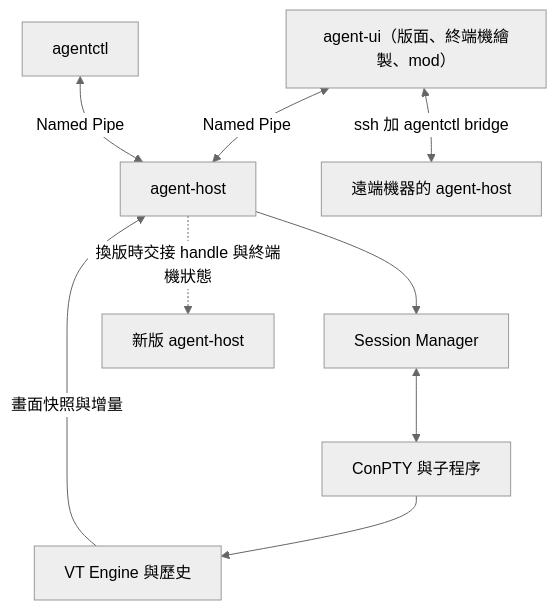
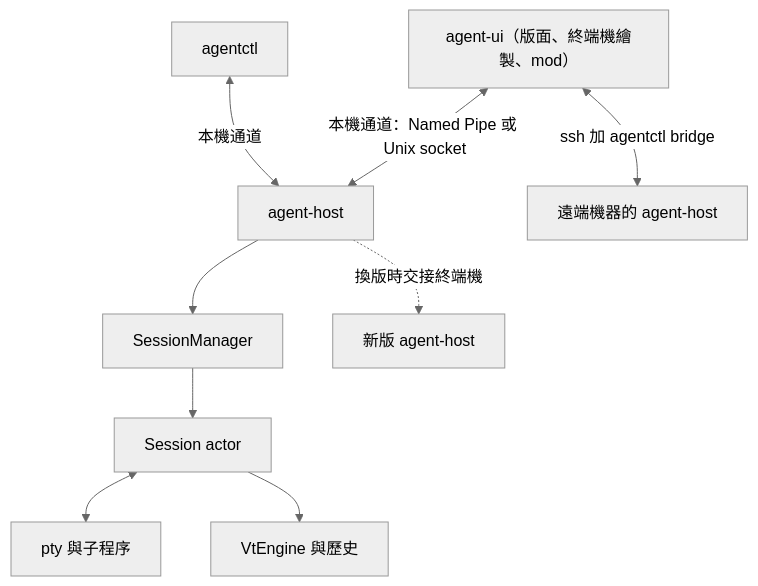
Before and after one commit to EddyKuo/AgentDesk: the first of 2 diagrams in docs/design/AgentDesk_Design.md, drawn with Mermaid (neutral theme). The commit also changed other lines of this file and 6 other files, not shown here.

````diff
--- a/docs/design/AgentDesk_Design.md
+++ b/docs/design/AgentDesk_Design.md
@@ -158,11 +64,11 @@
 ```mermaid
 flowchart TD
-    UI["agent-ui（版面、終端機繪製、mod）"] <-->|"Named Pipe"| Host["agent-host"]
-    CLI["agentctl"] <-->|"Named Pipe"| Host
+    UI["agent-ui（版面、終端機繪製、mod）"] <-->|"本機通道：Named Pipe 或 Unix socket"| Host["agent-host"]
+    CLI["agentctl"] <-->|"本機通道"| Host
     UI <-->|"ssh 加 agentctl bridge"| Remote["遠端機器的 agent-host"]
-    Host --> Sessions["Session Manager"]
-    Sessions <--> PTY["ConPTY 與子程序"]
-    PTY --> Engine["VT Engine 與歷史"]
-    Engine -->|"畫面快照與增量"| Host
-    Host -.->|"換版時交接 handle 與終端機狀態"| NewHost["新版 agent-host"]
+    Host --> SM["SessionManager"]
+    SM --> S["Session actor"]
+    S <--> PTY["pty 與子程序"]
+    S --> Engine["VtEngine 與歷史"]
+    Host -.->|"換版時交接終端機"| NewHost["新版 agent-host"]
 ```
````
